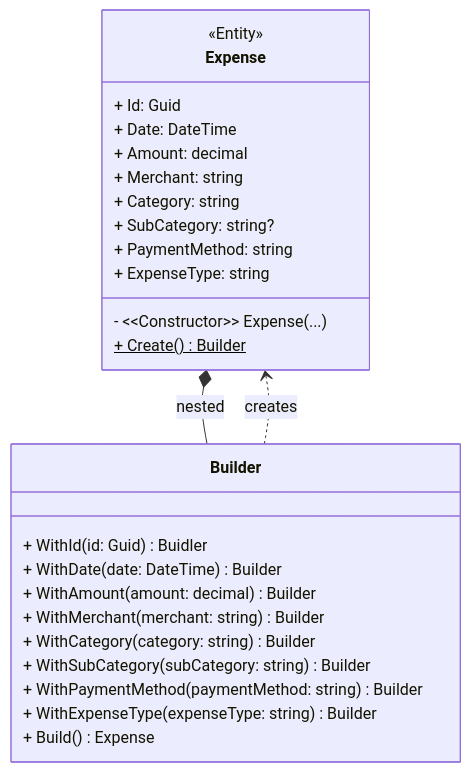
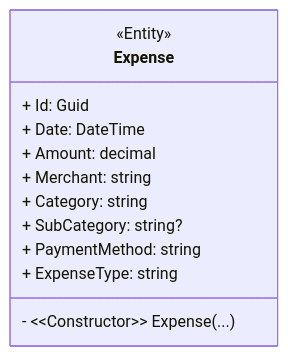
Before and after one commit to jannikwk/budget-tracker-api: the diagram in README.md, drawn with Mermaid. The commit also changed 1 other file, not shown here.

Commit message:
refactor: simplify Expense & add validation

````diff
--- a/README.md
+++ b/README.md
@@ -4,33 +4,17 @@
 ```mermaid
 classDiagram-v2
     direction TB
 
     class Expense {
         <<Entity>>
         + Id: Guid
         + Date: DateTime
         + Amount: decimal
         + Merchant: string
         + Category: string
         + SubCategory: string?
         + PaymentMethod: string
         + ExpenseType: string
         - ~~Constructor~~ Expense(...)
-        + Create() Builder$
     }
-
-    class Builder {
-        + WithId(id: Guid) Buidler
-        + WithDate(date: DateTime) Builder
-        + WithAmount(amount: decimal) Builder
-        + WithMerchant(merchant: string) Builder
-        + WithCategory(category: string) Builder
-        + WithSubCategory(subCategory: string) Builder
-        + WithPaymentMethod(paymentMethod: string) Builder
-        + WithExpenseType(expenseType: string) Builder
-        + Build() Expense
-    }
-
-    Expense *-- Builder : nested
-    Builder ..> Expense : creates
 ```
````
